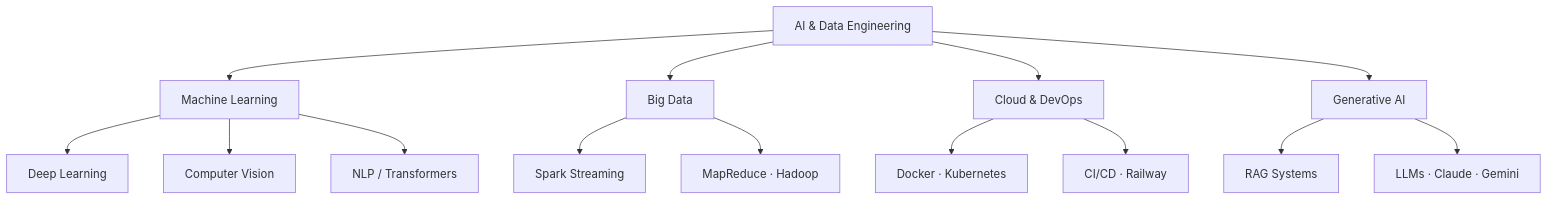
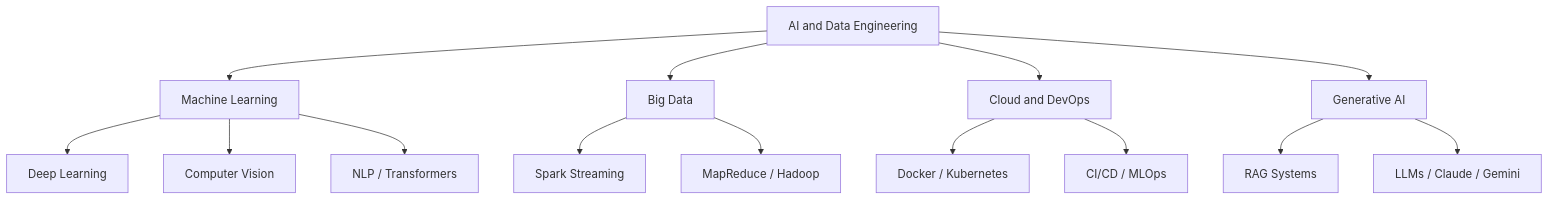
The diagram in README.md (thiernodaoudaly/thiernodaoudaly), drawn with Mermaid before and after one commit. The commit also changed other lines of this file, not shown here.

````diff
--- a/README.md
+++ b/README.md
@@ -135,16 +69,16 @@
 ```mermaid
 graph TD
-    A[AI & Data Engineering] --> B[Machine Learning]
+    A[AI and Data Engineering] --> B[Machine Learning]
     A --> C[Big Data]
-    A --> D[Cloud & DevOps]
+    A --> D[Cloud and DevOps]
     A --> E[Generative AI]
     B --> B1[Deep Learning]
     B --> B2[Computer Vision]
     B --> B3[NLP / Transformers]
     C --> C1[Spark Streaming]
-    C --> C2[MapReduce · Hadoop]
-    D --> D1[Docker · Kubernetes]
-    D --> D2[CI/CD · Railway]
+    C --> C2[MapReduce / Hadoop]
+    D --> D1[Docker / Kubernetes]
+    D --> D2[CI/CD / MLOps]
     E --> E1[RAG Systems]
-    E --> E2[LLMs · Claude · Gemini]
+    E --> E2[LLMs / Claude / Gemini]
 ```
````
